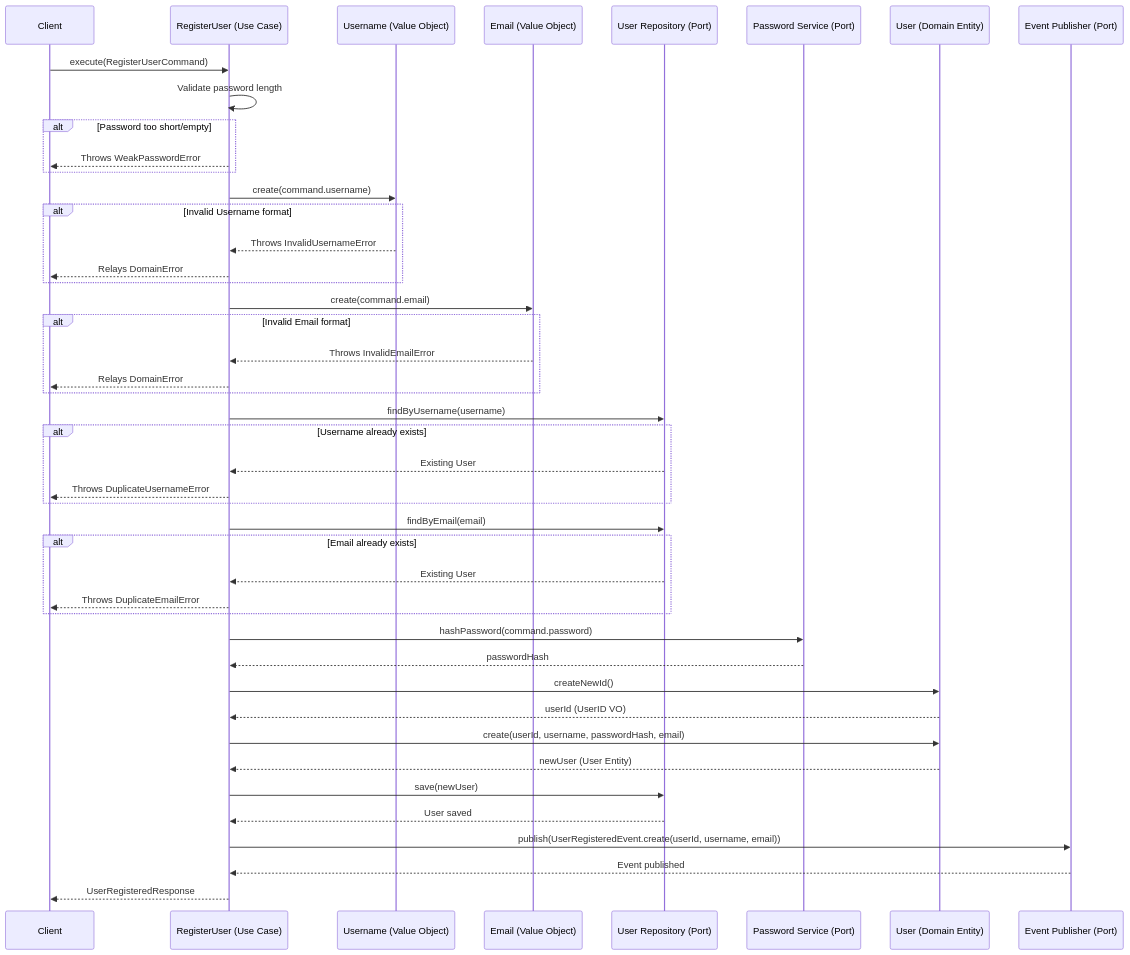
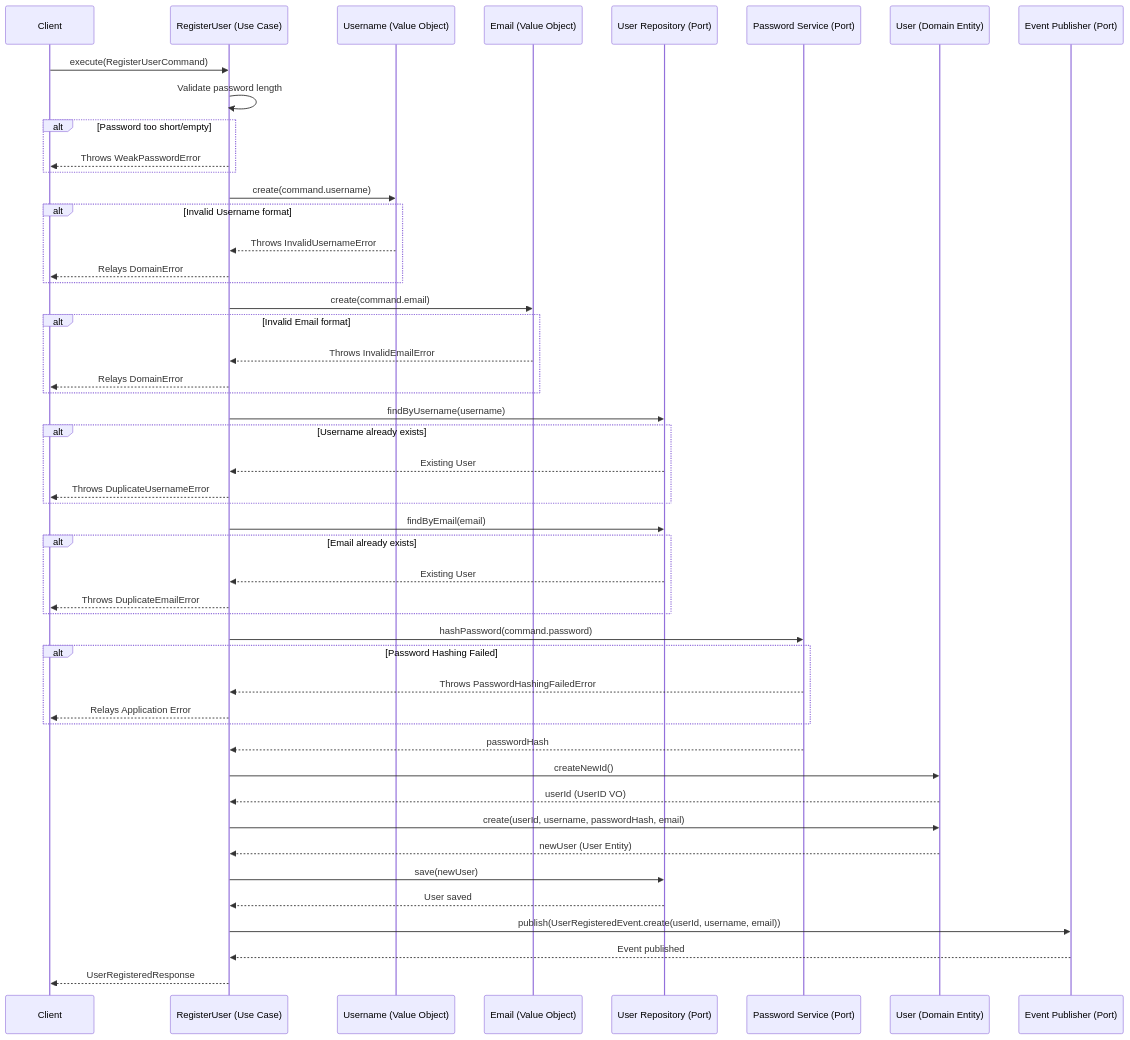
Before and after one commit to alexandernovadev/hospital-heaxagonal: the diagram in src/support/auth/application/use-cases/registeruser/RegisterUser.md, drawn with Mermaid.

Commit message:
Enhance RegisterUser documentation by adding handling for PasswordHashingFailedError in the sequence diagram, clarifying error response flow during password hashing failures.

````diff
--- a/src/support/auth/application/use-cases/registeruser/RegisterUser.md
+++ b/src/support/auth/application/use-cases/registeruser/RegisterUser.md
@@ -1,59 +1,63 @@
 ```mermaid
 sequenceDiagram
     participant Client
     participant RegisterUser as RegisterUser (Use Case)
     participant UsernameVO as Username (Value Object)
     participant EmailVO as Email (Value Object)
     participant IUserRepository as User Repository (Port)
     participant IPasswordService as Password Service (Port)
     participant UserEntity as User (Domain Entity)
     participant IEventPublisher as Event Publisher (Port)
 
     Client->>RegisterUser: execute(RegisterUserCommand)
 
     RegisterUser->>RegisterUser: Validate password length
     alt Password too short/empty
         RegisterUser-->>Client: Throws WeakPasswordError
     end
 
     RegisterUser->>UsernameVO: create(command.username)
     alt Invalid Username format
         UsernameVO-->>RegisterUser: Throws InvalidUsernameError
         RegisterUser-->>Client: Relays DomainError
     end
 
     RegisterUser->>EmailVO: create(command.email)
     alt Invalid Email format
         EmailVO-->>RegisterUser: Throws InvalidEmailError
         RegisterUser-->>Client: Relays DomainError
     end
 
     RegisterUser->>IUserRepository: findByUsername(username)
     alt Username already exists
         IUserRepository-->>RegisterUser: Existing User
         RegisterUser-->>Client: Throws DuplicateUsernameError
     end
 
     RegisterUser->>IUserRepository: findByEmail(email)
     alt Email already exists
         IUserRepository-->>RegisterUser: Existing User
         RegisterUser-->>Client: Throws DuplicateEmailError
     end
 
     RegisterUser->>IPasswordService: hashPassword(command.password)
+    alt Password Hashing Failed
+        IPasswordService-->>RegisterUser: Throws PasswordHashingFailedError
+        RegisterUser-->>Client: Relays Application Error
+    end
     IPasswordService-->>RegisterUser: passwordHash
 
     RegisterUser->>UserEntity: createNewId()
     UserEntity-->>RegisterUser: userId (UserID VO)
 
     RegisterUser->>UserEntity: create(userId, username, passwordHash, email)
     UserEntity-->>RegisterUser: newUser (User Entity)
 
     RegisterUser->>IUserRepository: save(newUser)
     IUserRepository-->>RegisterUser: User saved
 
     RegisterUser->>IEventPublisher: publish(UserRegisteredEvent.create(userId, username, email))
     IEventPublisher-->>RegisterUser: Event published
 
     RegisterUser-->>Client: UserRegisteredResponse
 ```
````
